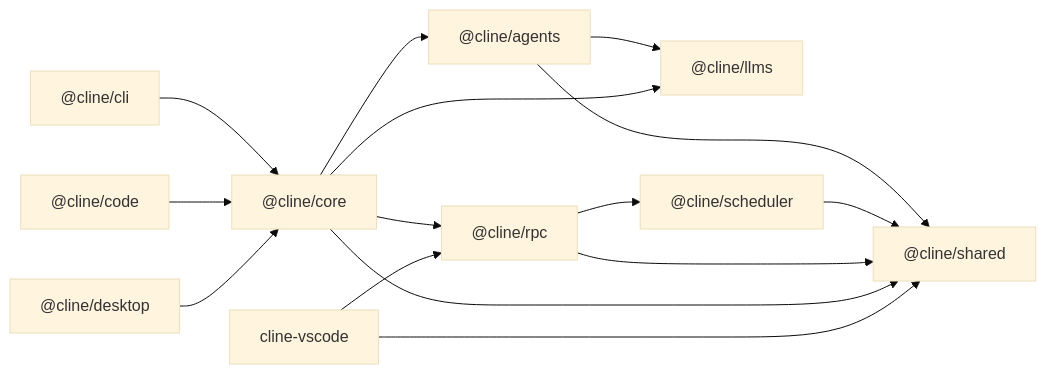
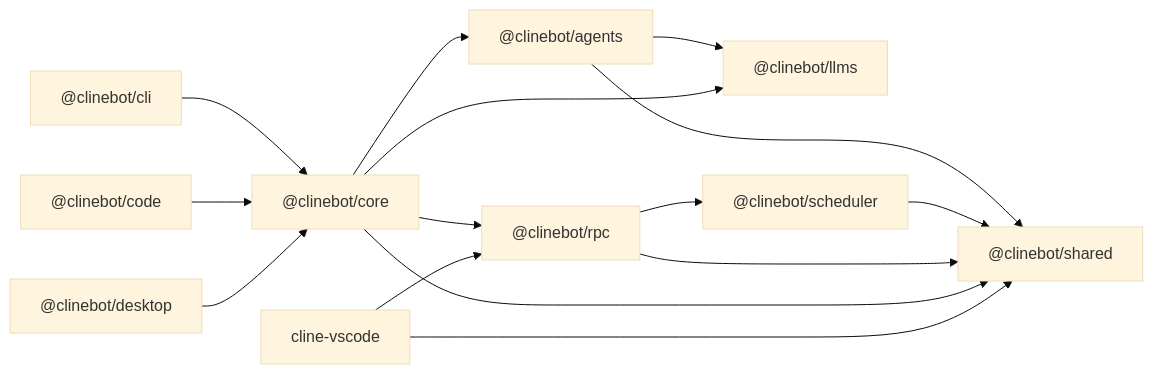
The first of 3 diagrams in sdk/ARCHITECTURE.md (Dastan-Prince/cline-cn), drawn with Mermaid (base theme) before and after one commit. The commit also changed other lines of this file and 244 other files, not shown here.

Commit message:
refactor: update package names to @clinebot from @cline

````diff
--- a/sdk/ARCHITECTURE.md
+++ b/sdk/ARCHITECTURE.md
@@ -27,28 +27,28 @@
 ```mermaid
 flowchart LR
-  shared["@cline/shared"]
-  llms["@cline/llms"]
-  scheduler["@cline/scheduler"]
-  agents["@cline/agents"]
-  rpc["@cline/rpc"]
-  core["@cline/core"]
-  cli["@cline/cli"]
-  code["@cline/code"]
-  desktop["@cline/desktop"]
+  shared["@clinebot/shared"]
+  llms["@clinebot/llms"]
+  scheduler["@clinebot/scheduler"]
+  agents["@clinebot/agents"]
+  rpc["@clinebot/rpc"]
+  core["@clinebot/core"]
+  cli["@clinebot/cli"]
+  code["@clinebot/code"]
+  desktop["@clinebot/desktop"]
   vscode["cline-vscode"]
 
   agents --> llms
   agents --> shared
   scheduler --> shared
   rpc --> scheduler
   rpc --> shared
   core --> agents
   core --> llms
   core --> rpc
   core --> shared
   cli --> core
   code --> core
   desktop --> core
   vscode --> rpc
   vscode --> shared
 ```
````
